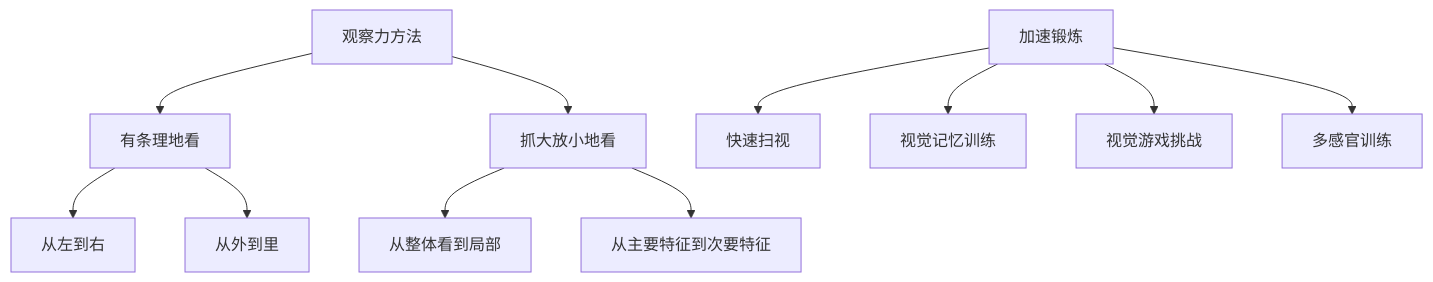
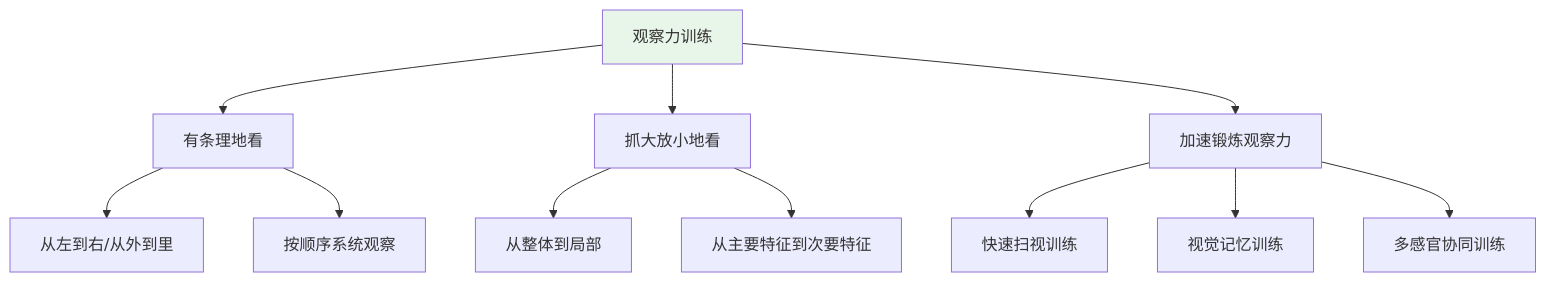
One commit to chongyang211/YCBookBlog changed the sixth of 10 diagrams in 10.自我进阶提升书/07.底层思维的训练/7.3感知能力的提升.md. Above: the diagram before and after it, drawn with Mermaid. The commit also changed other lines of this file and 6 other files, not shown here.

````diff
--- a/10.自我进阶提升书/07.底层思维的训练/7.3感知能力的提升.md
+++ b/10.自我进阶提升书/07.底层思维的训练/7.3感知能力的提升.md
@@ -89,13 +205,14 @@
 ```mermaid
 graph TD
-    A[观察力方法] --> B[有条理地看]
+    A[观察力训练] --> B[有条理地看]
     A --> C[抓大放小地看]
-    B --> B1[从左到右]
-    B --> B2[从外到里]
-    C --> C1[从整体看到局部]
+    A --> D[加速锻炼观察力]
+    B --> B1[从左到右/从外到里]
+    B --> B2[按顺序系统观察]
+    C --> C1[从整体到局部]
     C --> C2[从主要特征到次要特征]
-    D[加速锻炼] --> D1[快速扫视]
+    D --> D1[快速扫视训练]
     D --> D2[视觉记忆训练]
-    D --> D3[视觉游戏挑战]
-    D --> D4[多感官训练]
+    D --> D3[多感官协同训练]
+    style A fill:#e8f5e9
 ```
````
